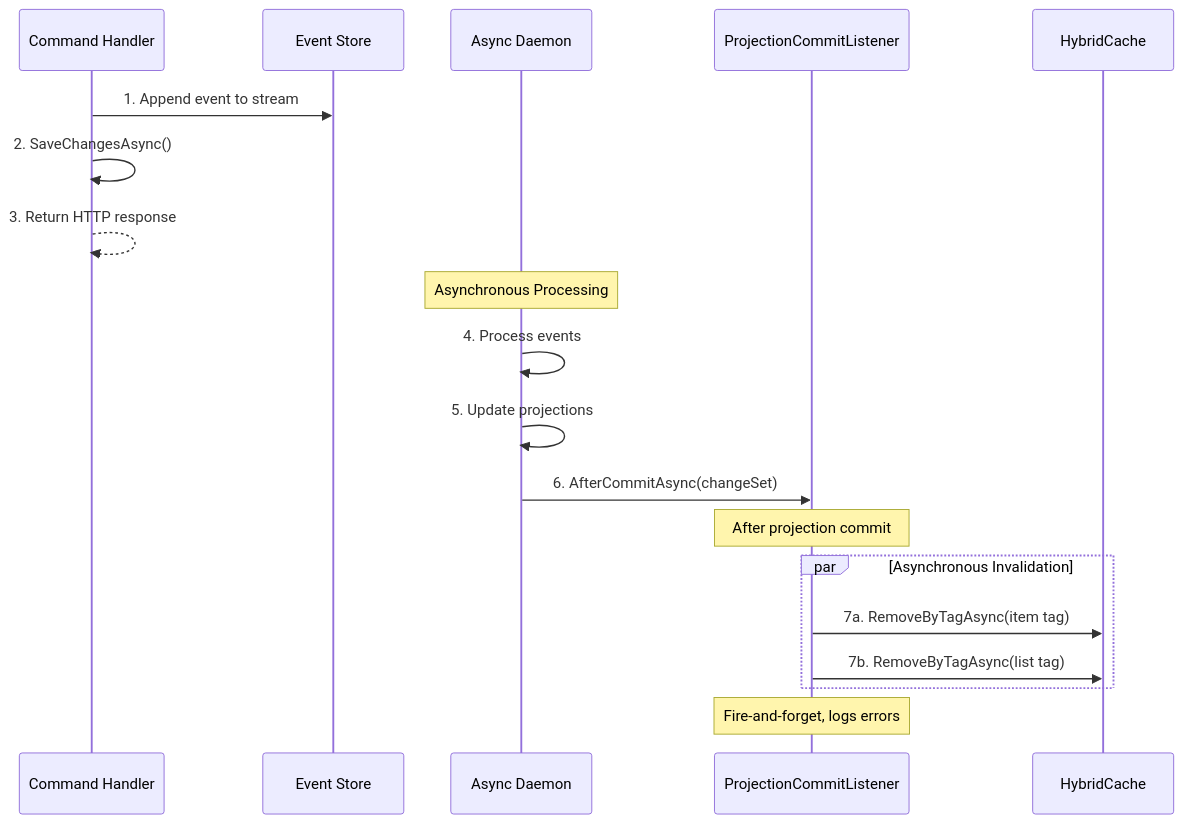
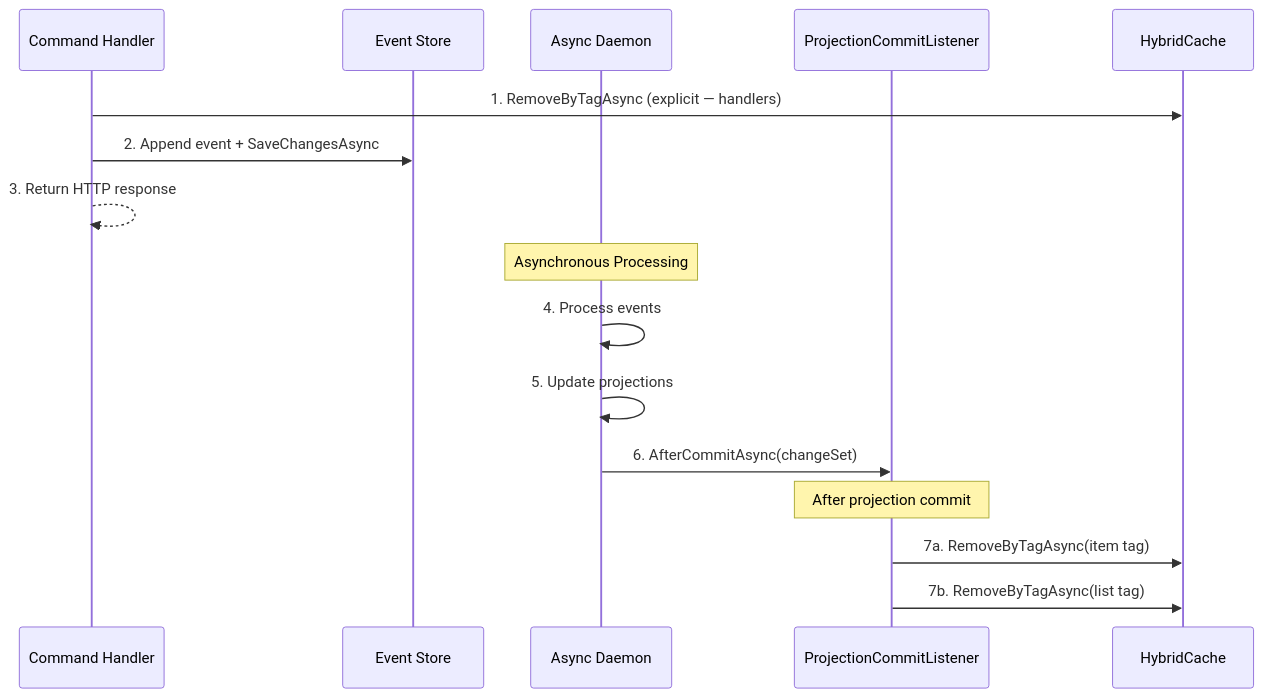
Before and after one commit to aalmada/BookStore: the diagram in docs/guides/caching-guide.md, drawn with Mermaid. The commit also changed other lines of this file, not shown here.

````diff
--- a/docs/guides/caching-guide.md
+++ b/docs/guides/caching-guide.md
@@ -176,22 +241,19 @@
 ```mermaid
 sequenceDiagram
     participant Command as Command Handler
     participant Marten as Event Store
     participant Daemon as Async Daemon
     participant Listener as ProjectionCommitListener
     participant Cache as HybridCache
 
-    Command->>Marten: 1. Append event to stream
-    Command->>Command: 2. SaveChangesAsync()
+    Command->>Cache: 1. RemoveByTagAsync (explicit — handlers)
+    Command->>Marten: 2. Append event + SaveChangesAsync
     Command-->>Command: 3. Return HTTP response
     Note over Daemon: Asynchronous Processing
     Daemon->>Daemon: 4. Process events
     Daemon->>Daemon: 5. Update projections
     Daemon->>Listener: 6. AfterCommitAsync(changeSet)
     Note over Listener: After projection commit
-    par Asynchronous Invalidation
-        Listener->>Cache: 7a. RemoveByTagAsync(item tag)
-        Listener->>Cache: 7b. RemoveByTagAsync(list tag)
-    end
-    Note over Listener: Fire-and-forget, logs errors
+    Listener->>Cache: 7a. RemoveByTagAsync(item tag)
+    Listener->>Cache: 7b. RemoveByTagAsync(list tag)
 ```
````
